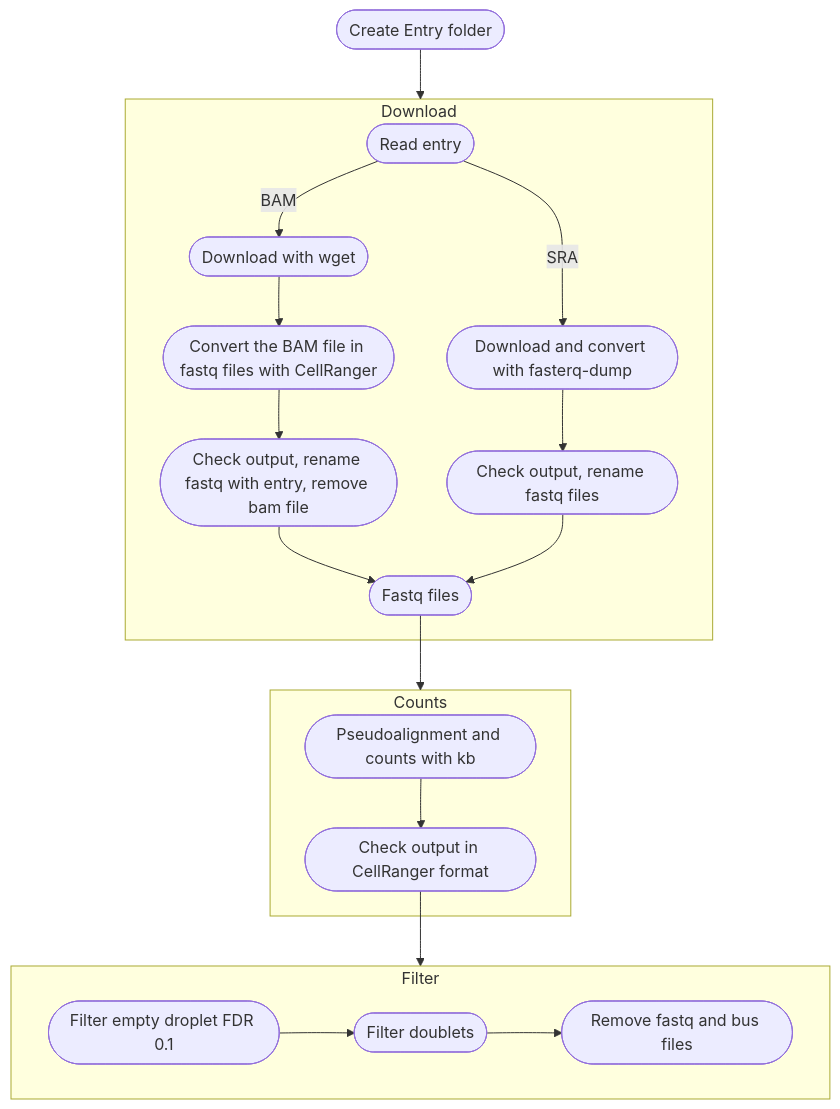
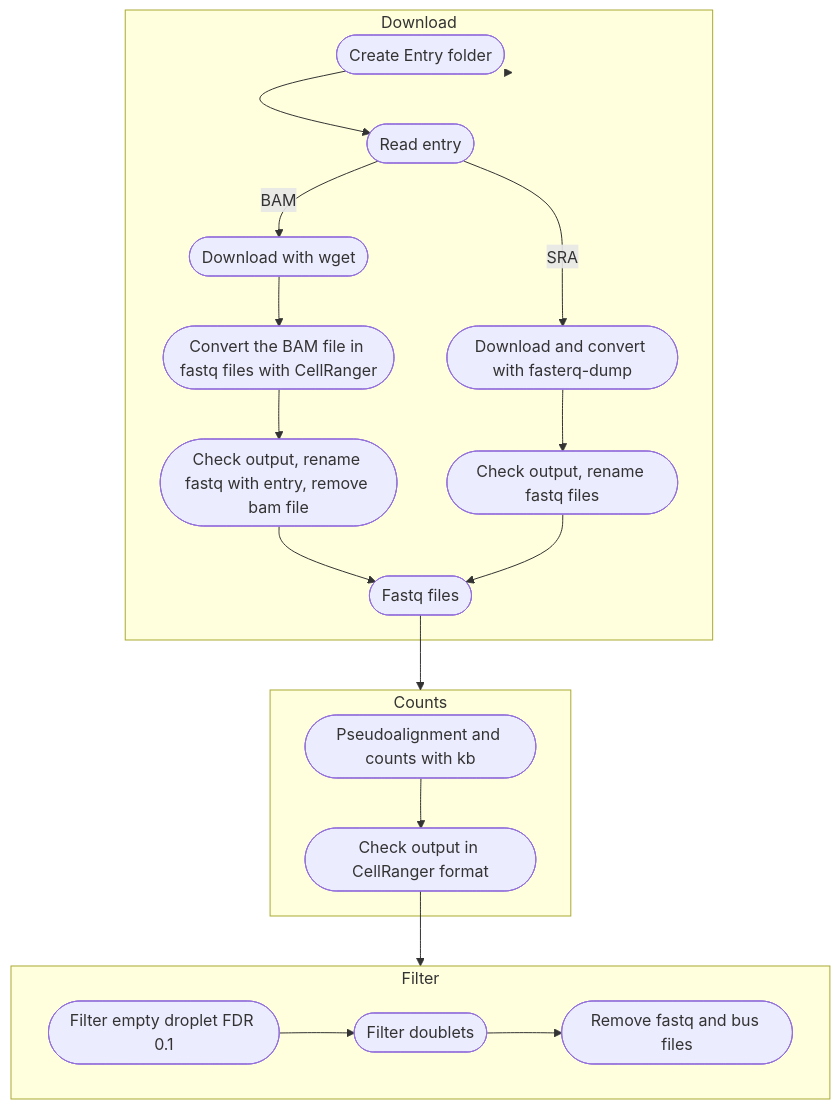
The diagram in Pre-process/README.md (VergaJU/BoneMarrow_scRNA-Seq), drawn with Mermaid before and after one commit.

````diff
--- a/Pre-process/README.md
+++ b/Pre-process/README.md
@@ -15,26 +15,26 @@
 ```mermaid
     flowchart TD
-      A([Create Entry folder])
       subgraph Download
-      B([Read entry]) -- BAM --> C([Download with wget])
+      A([Create Entry folder]) --> B([Read entry])
+      B -- BAM --> C([Download with wget])
       C --> D([Convert the BAM file in fastq files with CellRanger])
       D --> E([Check output, rename fastq with entry, remove bam file])
       E --> H([Fastq files])
       B -- SRA --> F([Download and convert with fasterq-dump])
       F --> G([Check output, rename fastq files])
       G --> H
       end
       subgraph Counts
       I([Pseudoalignment and counts with kb])
       I --> J([Check output in CellRanger format])
       end
       subgraph Filter
       K([Filter empty droplet FDR 0.1])
       K --> L([Filter doublets])
       L --> M([Remove fastq and bus files])
       end
      A --> Download
      H --> Counts
      J --> Filter
 
 ```
````
